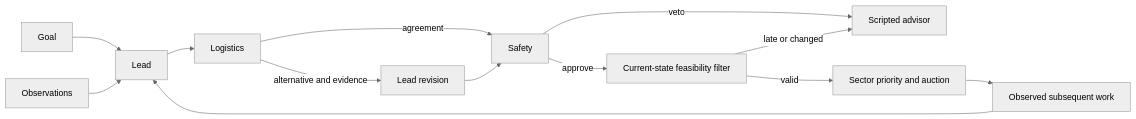
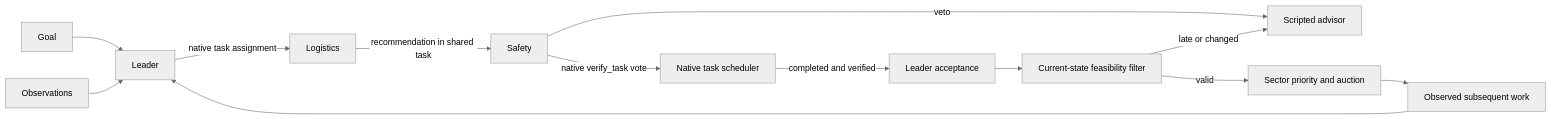
One commit to ImperialKoi/swarm-robotics-openJiuwen changed the diagram in docs/MULTI_AGENT_DEMO.md. Above: the diagram before and after it, drawn with Mermaid (neutral theme). The commit also changed other lines of this file and 129 other files, not shown here.

````diff
--- a/docs/MULTI_AGENT_DEMO.md
+++ b/docs/MULTI_AGENT_DEMO.md
@@ -93,15 +94,15 @@
 ```mermaid
 flowchart LR
-    Goal --> Lead
-    Observations --> Lead
-    Lead --> Logistics
-    Logistics -->|alternative and evidence| Revision[Lead revision]
-    Logistics -->|agreement| Safety
-    Revision --> Safety
-    Safety -->|approve| Filter[Current-state feasibility filter]
+    Goal --> Leader
+    Observations --> Leader
+    Leader -->|native task assignment| Logistics
+    Logistics -->|recommendation in shared task| Safety
+    Safety -->|native verify_task vote| Scheduler[Native task scheduler]
+    Scheduler -->|completed and verified| Final[Leader acceptance]
     Safety -->|veto| Fallback[Scripted advisor]
+    Final --> Filter[Current-state feasibility filter]
     Filter -->|valid| Auction[Sector priority and auction]
     Filter -->|late or changed| Fallback
     Auction --> Outcomes[Observed subsequent work]
-    Outcomes --> Lead
+    Outcomes --> Leader
 ```
````
